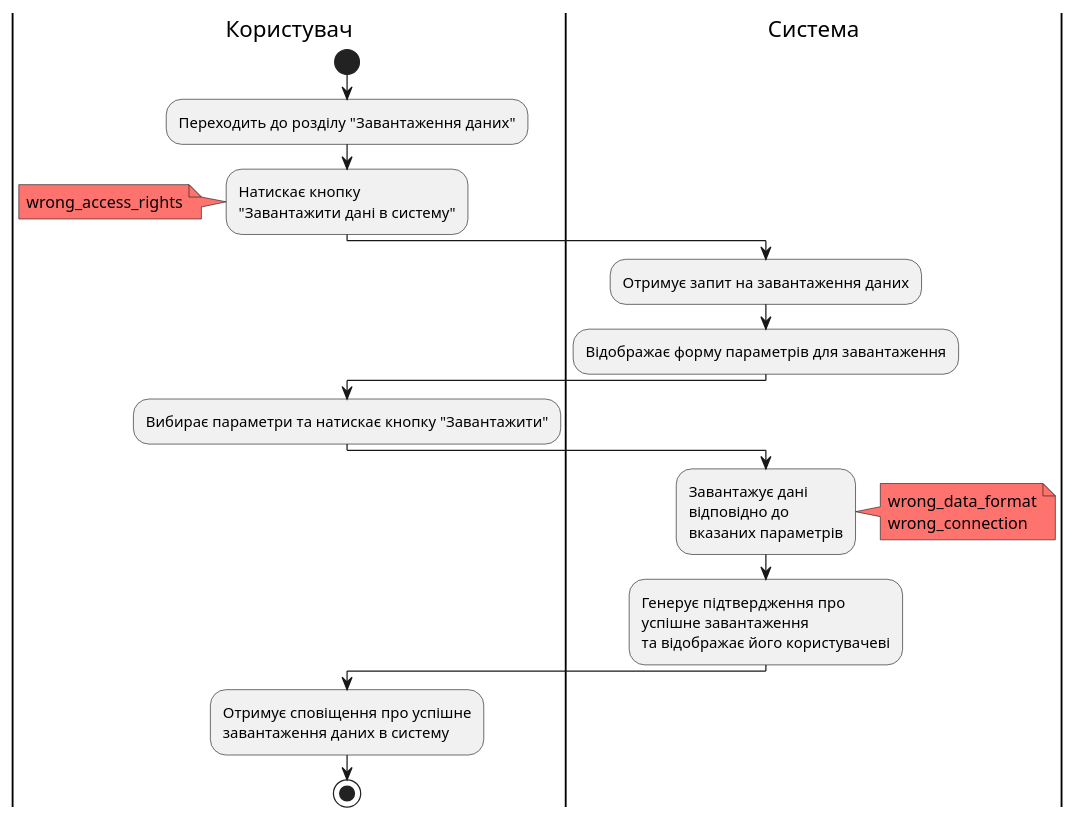
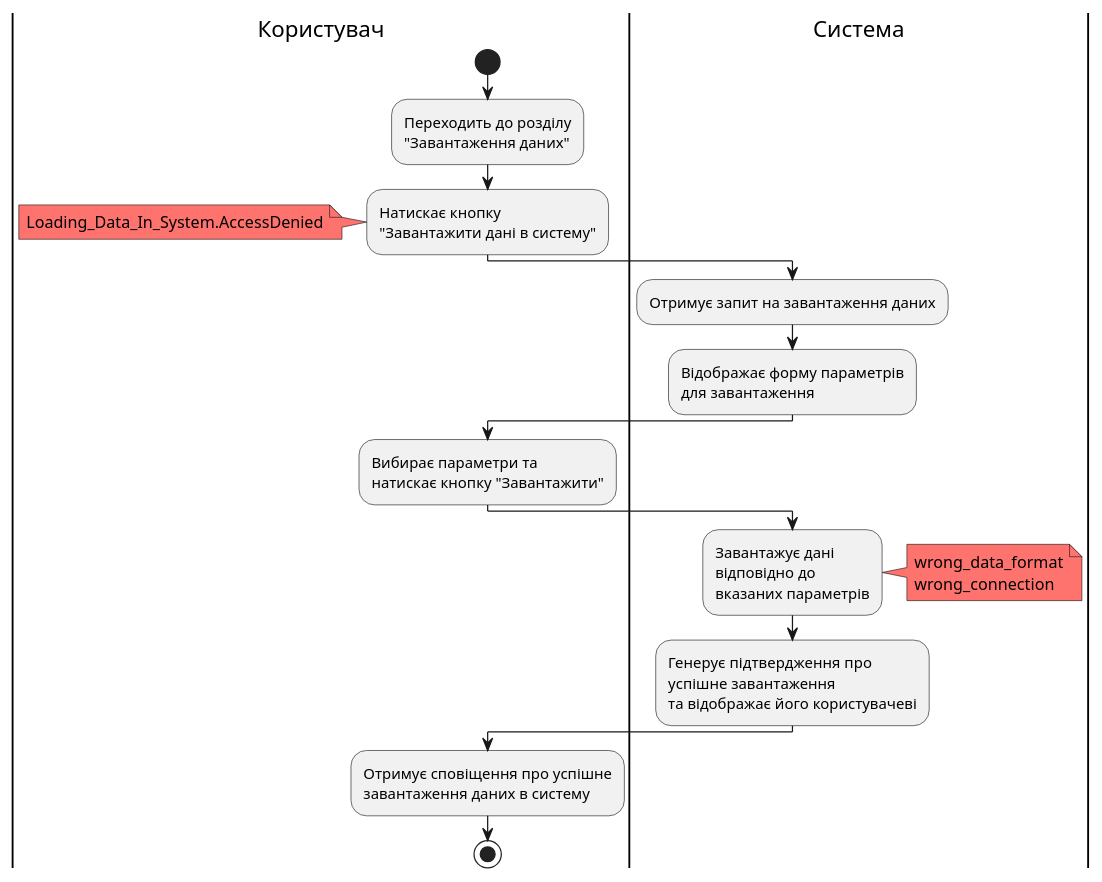
Diagram 12 of 18 in docs/use cases/README.md (nonGratis/retarder-io-23-3), drawn with PlantUML before and after one commit. The commit also changed other lines of this file, not shown here.

Commit message:
Update UML diagrams for use cases

```diff
--- a/docs/use cases/README.md
+++ b/docs/use cases/README.md
@@ -368,24 +365,24 @@
 @startuml
 |Користувач| 
     start
-    :Переходить до розділу "Завантаження даних";
+    :Переходить до розділу\n"Завантаження даних";
     :Натискає кнопку\n"Завантажити дані в систему";
         note left #FF736E
-            wrong_access_rights
+            Loading_Data_In_System.AccessDenied
         end note
 |Система|
     :Отримує запит на завантаження даних;
-    :Відображає форму параметрів для завантаження;
+    :Відображає форму параметрів\nдля завантаження;
 |Користувач| 
-    :Вибирає параметри та натискає кнопку "Завантажити";
+    :Вибирає параметри та\nнатискає кнопку "Завантажити";
 |Система| 
     :Завантажує дані\nвідповідно до\nвказаних параметрів;
         note right #FF736E
             wrong_data_format
             wrong_connection
         end note
     :Генерує підтвердження про\nуспішне завантаження\nта відображає його користувачеві;
 |Користувач| 
     :Отримує сповіщення про успішне\nзавантаження даних в систему;
     stop
 @enduml
```
